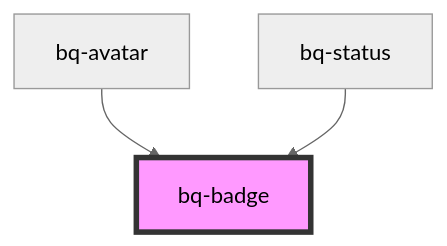
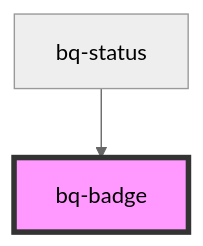
One commit to Endava/BEEQ changed the diagram in packages/bee-q/src/components/badge/readme.md. Above: the diagram before and after it, drawn with Mermaid (neutral theme). The commit also changed other lines of this file and 7 other files, not shown here.

Commit message:
refactor(avatar): add slot for <bq-badge (PR review)>

````diff
--- a/packages/bee-q/src/components/badge/readme.md
+++ b/packages/bee-q/src/components/badge/readme.md
@@ -33,6 +32,5 @@
 ```mermaid
 graph TD;
-  bq-avatar --> bq-badge
   bq-status --> bq-badge
   style bq-badge fill:#f9f,stroke:#333,stroke-width:4px
 ```
````
